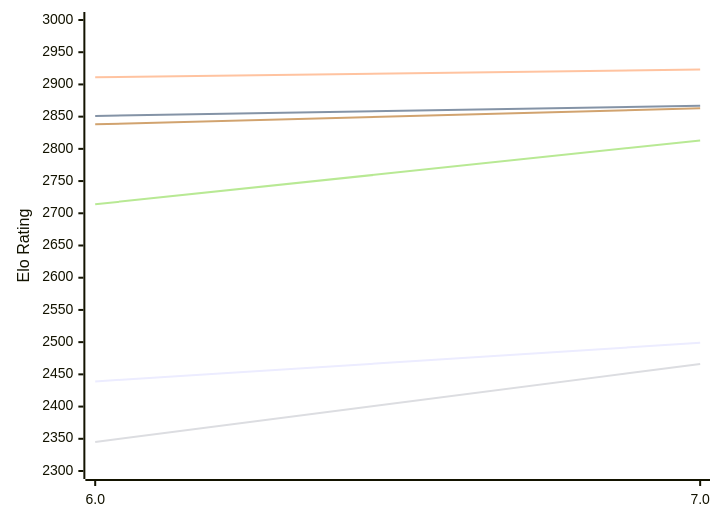
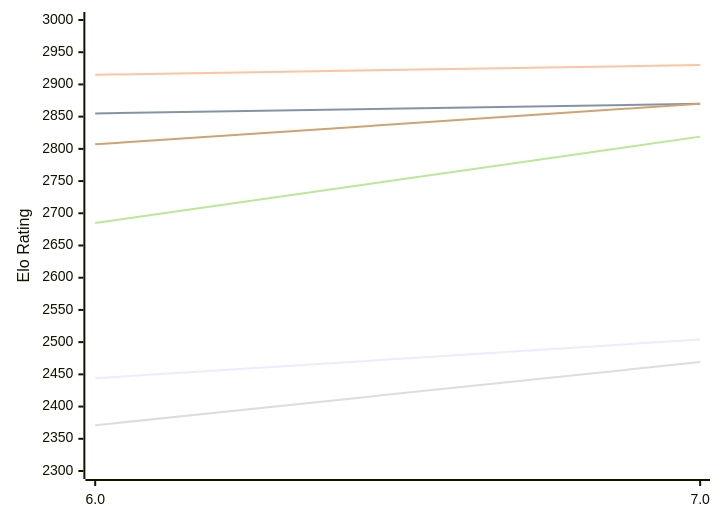
The first of 2 diagrams in engines/tomitankChess.md (computer-chess-index/cci), drawn with Mermaid before and after one commit. The commit also changed other lines of this file, not shown here.

Commit message:
Update CCI Ratings (ELO VLTC) - 2026-11-20

````diff
--- a/engines/tomitankChess.md
+++ b/engines/tomitankChess.md
@@ -51,12 +51,12 @@
 ```mermaid
 %%{init: {"theme":"base","themeVariables":{"seriesColors:['#a3a3a3','#222221','#faa371']}}}%%
 xychart-beta
   x-axis ["6.0", "7.0"]
   y-axis "Elo Rating" 2300 --> 3000
-  line "E1: STC (8.0+0.08s)" [2439, 2499]
-  line "E1: LTC (60.0+0.60s)" [2851, 2867]
-  line "E1: VLTC (2m24s+1.12s)" [2911, 2923]
-  line "P1: STC (8.0+0.08s)" [2345, 2466]
-  line "P1: LTC (60.0+0.60s)" [2714, 2813]
-  line "P1: VLTC (2m24s+1.12s)" [2838, 2863]
+  line "E1: STC (8.0+0.08s)" [2444, 2504]
+  line "E1: LTC (60.0+0.60s)" [2855, 2870]
+  line "E1: VLTC (2m24s+1.12s)" [2915, 2930]
+  line "P1: STC (8.0+0.08s)" [2371, 2469]
+  line "P1: LTC (60.0+0.60s)" [2685, 2819]
+  line "P1: VLTC (2m24s+1.12s)" [2807, 2870]
 ```
````
